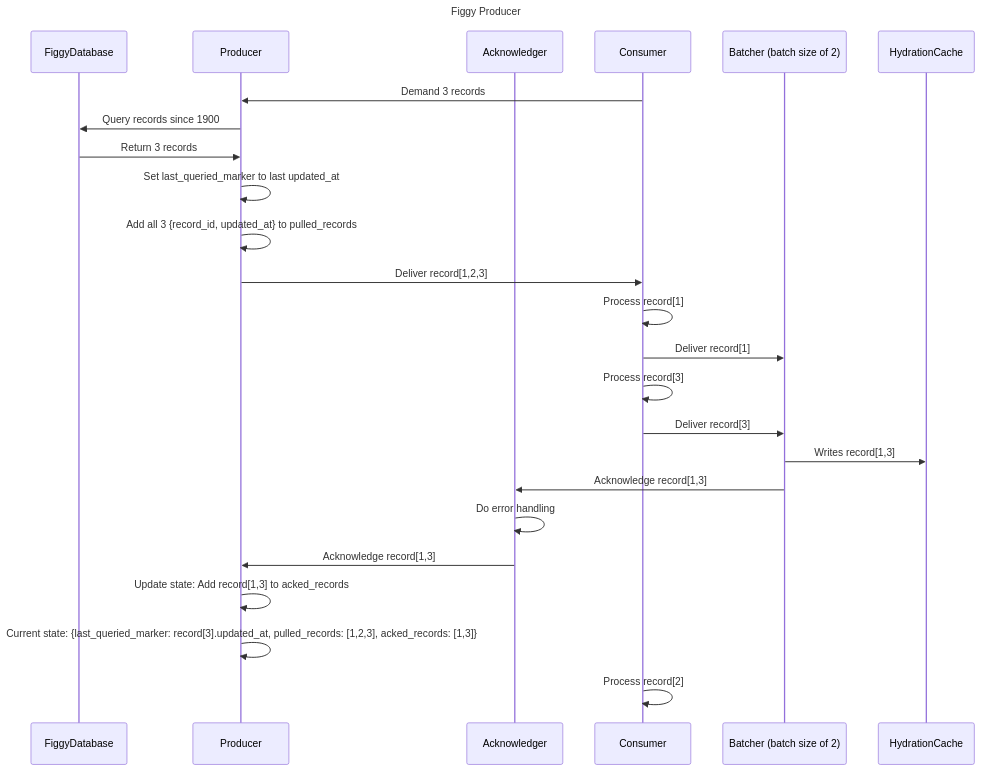
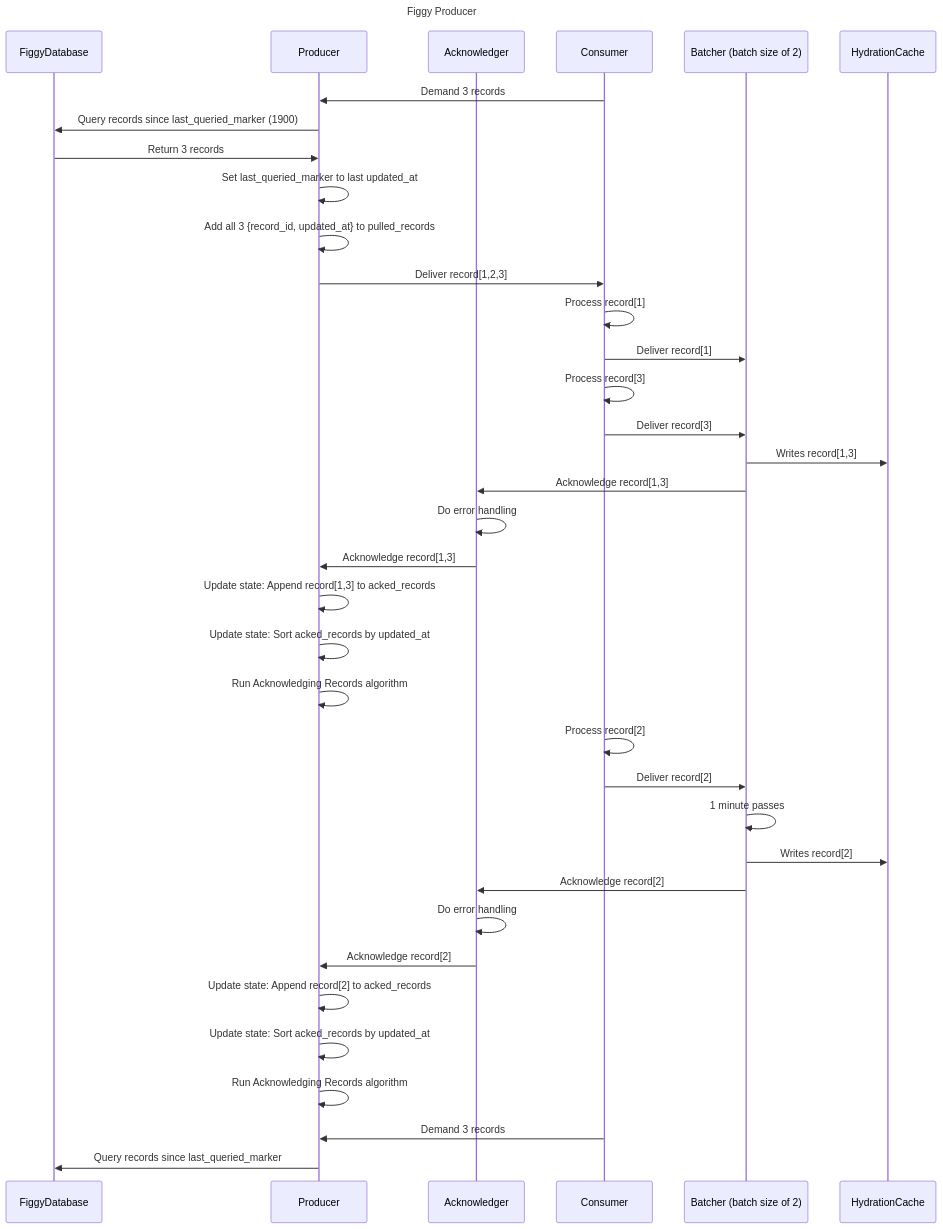
Before and after one commit to pulibrary/dpul-collections: the diagram in docs/indexing_pipeline/producer.md, drawn with Mermaid. The commit also changed other lines of this file, not shown here.

````diff
--- a/docs/indexing_pipeline/producer.md
+++ b/docs/indexing_pipeline/producer.md
@@ -1,27 +3,39 @@
 ```mermaid
 sequenceDiagram title Figgy Producer
 Participant FiggyDatabase
 Participant Producer
 Participant Acknowledger
 Participant Consumer
 Participant Batcher as Batcher (batch size of 2)
 Participant HydrationCache
 
 Consumer->>Producer: Demand 3 records
-Producer->>FiggyDatabase: Query records since 1900
+Producer->>FiggyDatabase: Query records since last_queried_marker (1900)
 FiggyDatabase->>Producer: Return 3 records
 Producer->>Producer: Set last_queried_marker to last updated_at
 Producer->>Producer: Add all 3 {record_id, updated_at} to pulled_records
 Producer->>Consumer: Deliver record[1,2,3]
 Consumer->>Consumer: Process record[1]
 Consumer->>Batcher: Deliver record[1]
 Consumer->>Consumer: Process record[3]
 Consumer->>Batcher: Deliver record[3]
 Batcher->>HydrationCache: Writes record[1,3]
 Batcher->>Acknowledger: Acknowledge record[1,3]
 Acknowledger->>Acknowledger: Do error handling
 Acknowledger->>Producer: Acknowledge record[1,3]
-Producer->>Producer: Update state: Add record[1,3] to acked_records
-Producer->>Producer: Current state: {last_queried_marker: record[3].updated_at, pulled_records: [1,2,3], acked_records: [1,3]}
+Producer->>Producer: Update state: Append record[1,3] to acked_records
+Producer->>Producer: Update state: Sort acked_records by updated_at
+Producer->>Producer: Run Acknowledging Records algorithm
 Consumer->>Consumer: Process record[2]
+Consumer->>Batcher: Deliver record[2]
+Batcher->>Batcher: 1 minute passes
+Batcher->>HydrationCache: Writes record[2]
+Batcher->>Acknowledger: Acknowledge record[2]
+Acknowledger->>Acknowledger: Do error handling
+Acknowledger->>Producer: Acknowledge record[2]
+Producer->>Producer: Update state: Append record[2] to acked_records
+Producer->>Producer: Update state: Sort acked_records by updated_at
+Producer->>Producer: Run Acknowledging Records algorithm
+Consumer->>Producer: Demand 3 records
+Producer->>FiggyDatabase: Query records since last_queried_marker
 ```
````
